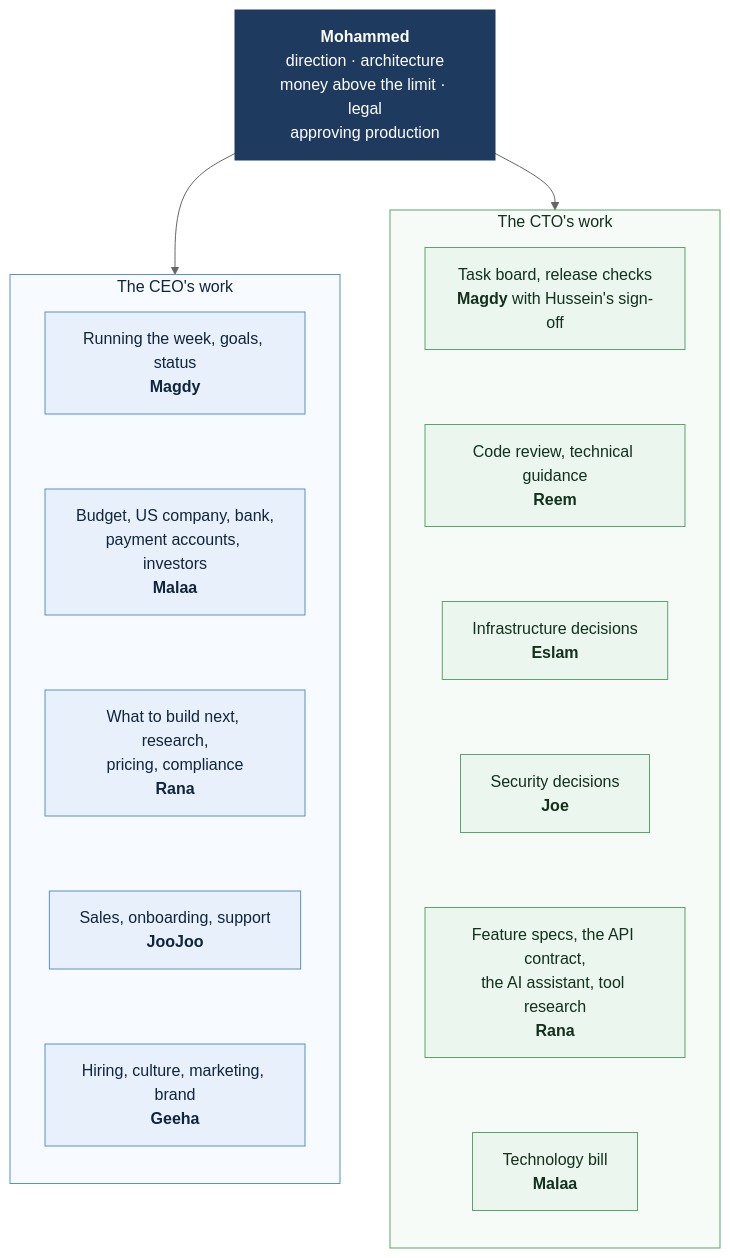
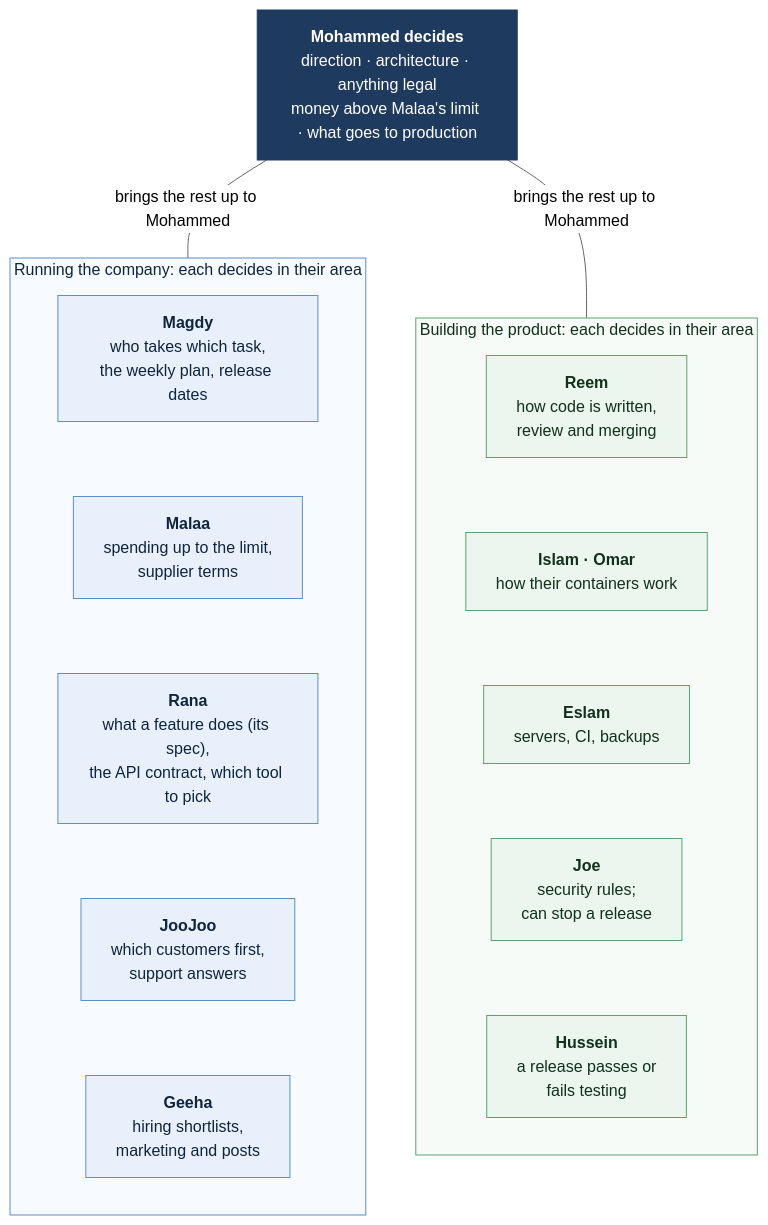
One commit to Mohammed-HeshamMohammed/Turf changed the second of 4 diagrams in docs/team/README.md. Above: the diagram before and after it, drawn with Mermaid (neutral theme). The commit also changed other lines of this file, not shown here.

Commit message:
Team: diagrams that match the tables
"Who decides what" now shows what each lead decides alone and what
goes up to Mohammed, instead of two work lists naming the same people
twice. "Who owns which containers" lists every container by area with
its owner (gateway, notifications, crm-web, grafana-proxy and the
desktop apps were missing). Rana's link to Reem added to the org chart.

````diff
--- a/docs/team/README.md
+++ b/docs/team/README.md
@@ -72,37 +74,36 @@
 ```mermaid
 flowchart TB
-    M["<b>Mohammed</b><br/>direction · architecture<br/>money above the limit · legal<br/>approving production"]
+    M["<b>Mohammed decides</b><br/>direction · architecture · anything legal<br/>money above Malaa's limit · what goes to production"]
 
-    subgraph CEOWORK["The CEO's work"]
+    subgraph CO["Running the company: each decides in their area"]
         direction TB
-        W1["Running the week, goals, status<br/><b>Magdy</b>"]
-        W2["Budget, US company, bank,<br/>payment accounts, investors<br/><b>Malaa</b>"]
-        W3["What to build next, research,<br/>pricing, compliance<br/><b>Rana</b>"]
-        W4["Sales, onboarding, support<br/><b>JooJoo</b>"]
-        W5["Hiring, culture, marketing, brand<br/><b>Geeha</b>"]
+        D1["<b>Magdy</b><br/>who takes which task,<br/>the weekly plan, release dates"]
+        D2["<b>Malaa</b><br/>spending up to the limit,<br/>supplier terms"]
+        D3["<b>Rana</b><br/>what a feature does (its spec),<br/>the API contract, which tool to pick"]
+        D4["<b>JooJoo</b><br/>which customers first,<br/>support answers"]
+        D5["<b>Geeha</b><br/>hiring shortlists,<br/>marketing and posts"]
     end
 
-    subgraph CTOWORK["The CTO's work"]
+    subgraph PR["Building the product: each decides in their area"]
         direction TB
-        T1["Task board, release checks<br/><b>Magdy</b> with Hussein's sign-off"]
-        T2["Code review, technical guidance<br/><b>Reem</b>"]
-        T3["Infrastructure decisions<br/><b>Eslam</b>"]
-        T4["Security decisions<br/><b>Joe</b>"]
-        T5["Feature specs, the API contract,<br/>the AI assistant, tool research<br/><b>Rana</b>"]
-        T6["Technology bill<br/><b>Malaa</b>"]
+        D6["<b>Reem</b><br/>how code is written,<br/>review and merging"]
+        D7["<b>Islam · Omar</b><br/>how their containers work"]
+        D8["<b>Eslam</b><br/>servers, CI, backups"]
+        D9["<b>Joe</b><br/>security rules;<br/>can stop a release"]
+        D10["<b>Hussein</b><br/>a release passes or<br/>fails testing"]
     end
 
-    W1 ~~~ W2 ~~~ W3 ~~~ W4 ~~~ W5
-    T1 ~~~ T2 ~~~ T3 ~~~ T4 ~~~ T5 ~~~ T6
-    M --> CEOWORK
-    M --> CTOWORK
+    D1 ~~~ D2 ~~~ D3 ~~~ D4 ~~~ D5
+    D6 ~~~ D7 ~~~ D8 ~~~ D9 ~~~ D10
+    M -- "brings the rest up to Mohammed" --- CO
+    M -- "brings the rest up to Mohammed" --- PR
 
     classDef top fill:#1f3a5f,stroke:#1f3a5f,color:#ffffff
     classDef ceo fill:#e8f1fb,stroke:#5b8fc7,color:#10243d
     classDef cto fill:#eaf6ee,stroke:#5aa36f,color:#12301c
     class M top
-    class W1,W2,W3,W4,W5 ceo
-    class T1,T2,T3,T4,T5,T6 cto
-    style CEOWORK fill:#f7faff,stroke:#5b8fc7,color:#10243d
-    style CTOWORK fill:#f6fbf7,stroke:#5aa36f,color:#12301c
+    class D1,D2,D3,D4,D5 ceo
+    class D6,D7,D8,D9,D10 cto
+    style CO fill:#f7faff,stroke:#5b8fc7,color:#10243d
+    style PR fill:#f6fbf7,stroke:#5aa36f,color:#12301c
 ```
````
